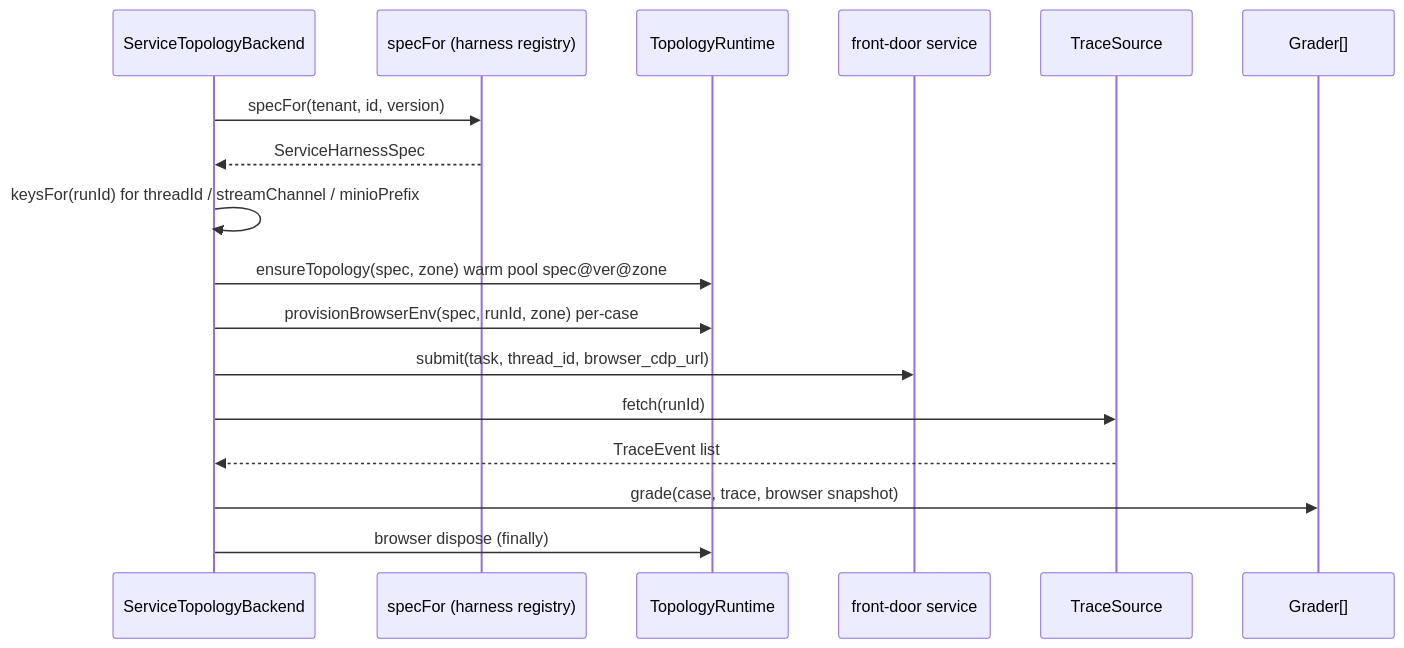
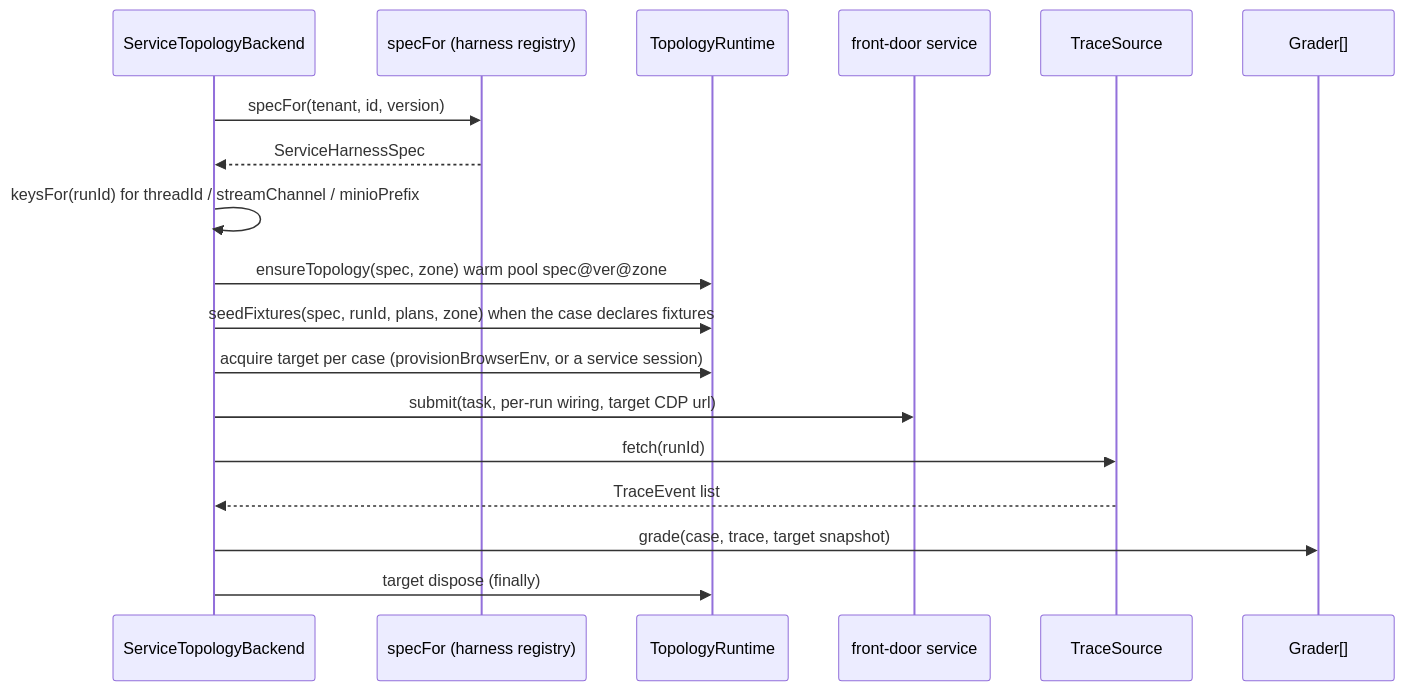
One commit to everdict/everdict changed diagram 18 of 24 in docs/architecture/collaboration.md. Above: the diagram before and after it, drawn with Mermaid. The commit also changed other lines of this file and 179 other files, not shown here.

````diff
--- a/docs/architecture/collaboration.md
+++ b/docs/architecture/collaboration.md
@@ -740,19 +796,20 @@
 ```mermaid
 sequenceDiagram
   participant STB as ServiceTopologyBackend
   participant Reg as specFor (harness registry)
   participant RT as TopologyRuntime
   participant FD as front-door service
   participant TS as TraceSource
   participant Gr as Grader[]
   STB->>Reg: specFor(tenant, id, version)
   Reg-->>STB: ServiceHarnessSpec
   STB->>STB: keysFor(runId) for threadId / streamChannel / minioPrefix
   STB->>RT: ensureTopology(spec, zone) warm pool spec@ver@zone
-  STB->>RT: provisionBrowserEnv(spec, runId, zone) per-case
-  STB->>FD: submit(task, thread_id, browser_cdp_url)
+  STB->>RT: seedFixtures(spec, runId, plans, zone) when the case declares fixtures
+  STB->>RT: acquire target per case (provisionBrowserEnv, or a service session)
+  STB->>FD: submit(task, per-run wiring, target CDP url)
   STB->>TS: fetch(runId)
   TS-->>STB: TraceEvent list
-  STB->>Gr: grade(case, trace, browser snapshot)
-  STB->>RT: browser dispose (finally)
+  STB->>Gr: grade(case, trace, target snapshot)
+  STB->>RT: target dispose (finally)
 ```
````
